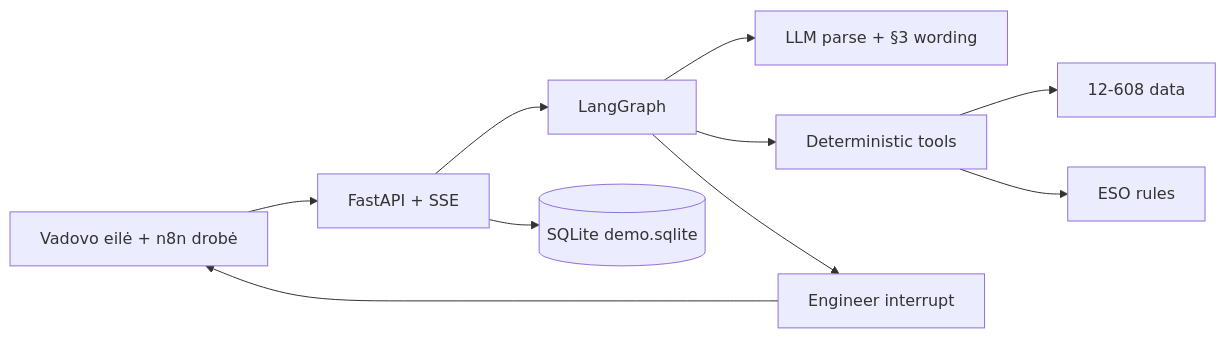
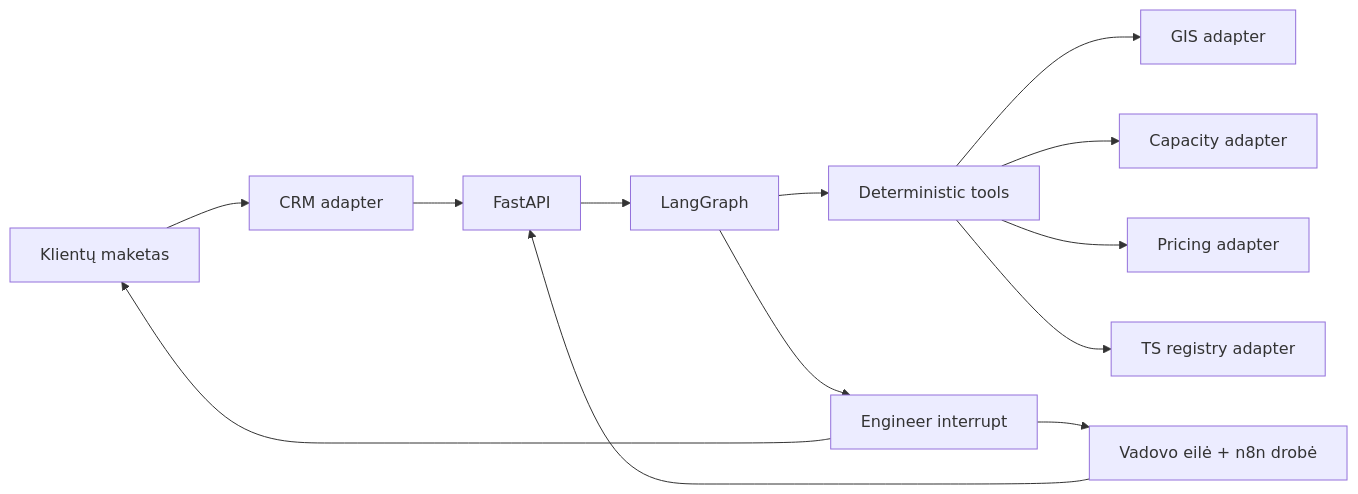
Before and after one commit to VentureJuozas/ESO-automation: the first of 2 diagrams in docs/ARCHITECTURE.md, drawn with Mermaid. The commit also changed other lines of this file and 27 other files, not shown here.

````diff
--- a/docs/ARCHITECTURE.md
+++ b/docs/ARCHITECTURE.md
@@ -5,12 +5,15 @@
 ```mermaid
 flowchart LR
-  UI[Vadovo eilė + n8n drobė] --> API[FastAPI + SSE]
+  Portal[Klientų maketas] --> CRM[CRM adapter]
+  CRM --> API[FastAPI]
+  UI[Vadovo eilė + n8n drobė] --> API
   API --> G[LangGraph]
-  G --> LLM[LLM parse + §3 wording]
   G --> T[Deterministic tools]
-  T --> D[12-608 data]
-  T --> R[ESO rules]
+  T --> GIS[GIS adapter]
+  T --> CAP[Capacity adapter]
+  T --> PRICE[Pricing adapter]
+  T --> REG[TS registry adapter]
   G --> H[Engineer interrupt]
   H --> UI
-  API --> DB[(SQLite demo.sqlite)]
+  H --> Portal
 ```
````
